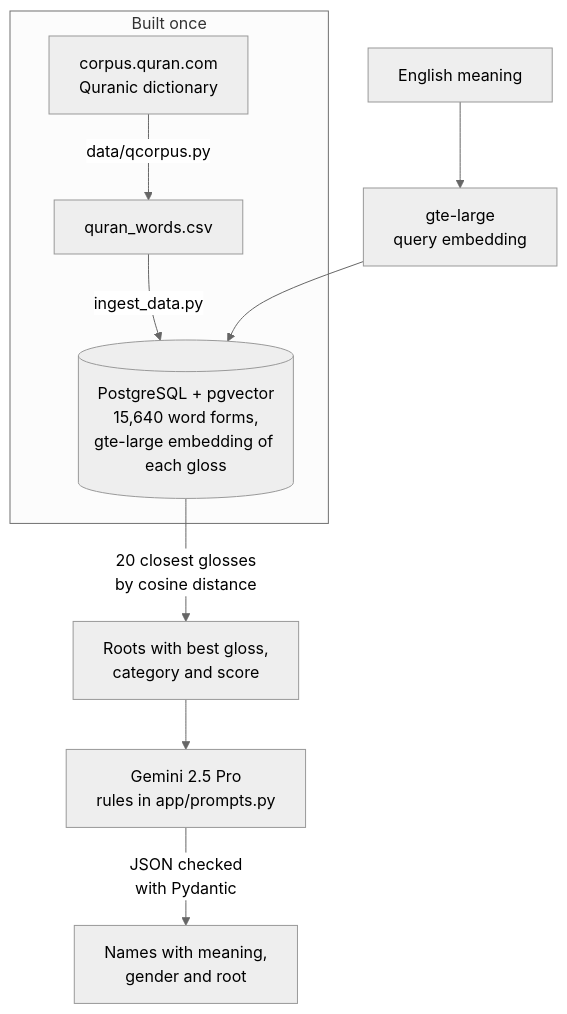
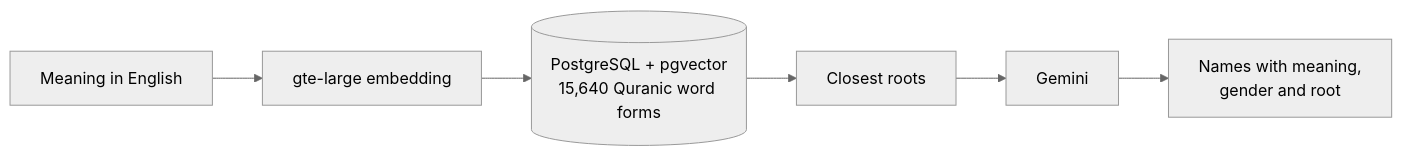
Before and after one commit to abdulmuizzf/quranic-names: the diagram in README.md, drawn with Mermaid (neutral theme). The commit also changed other lines of this file, not shown here.

````diff
--- a/README.md
+++ b/README.md
@@ -21,12 +18,8 @@
 ```mermaid
-flowchart TD
-    subgraph Index["Built once"]
-        C["corpus.quran.com<br/>Quranic dictionary"] -->|"data/qcorpus.py"| CSV["quran_words.csv"]
-        CSV -->|"ingest_data.py"| DB[("PostgreSQL + pgvector<br/>15,640 word forms,<br/>gte-large embedding of each gloss")]
-    end
-    Q["English meaning"] --> E["gte-large<br/>query embedding"]
-    E --> DB
-    DB -->|"20 closest glosses<br/>by cosine distance"| R["Roots with best gloss,<br/>category and score"]
-    R --> G["Gemini 2.5 Pro<br/>rules in app/prompts.py"]
-    G -->|"JSON checked<br/>with Pydantic"| N["Names with meaning,<br/>gender and root"]
+flowchart LR
+    Q["Meaning in English"] --> E["gte-large embedding"]
+    E --> DB[("PostgreSQL + pgvector<br/>15,640 Quranic word forms")]
+    DB --> R["Closest roots"]
+    R --> G["Gemini"]
+    G --> N["Names with meaning,<br/>gender and root"]
 ```
````
